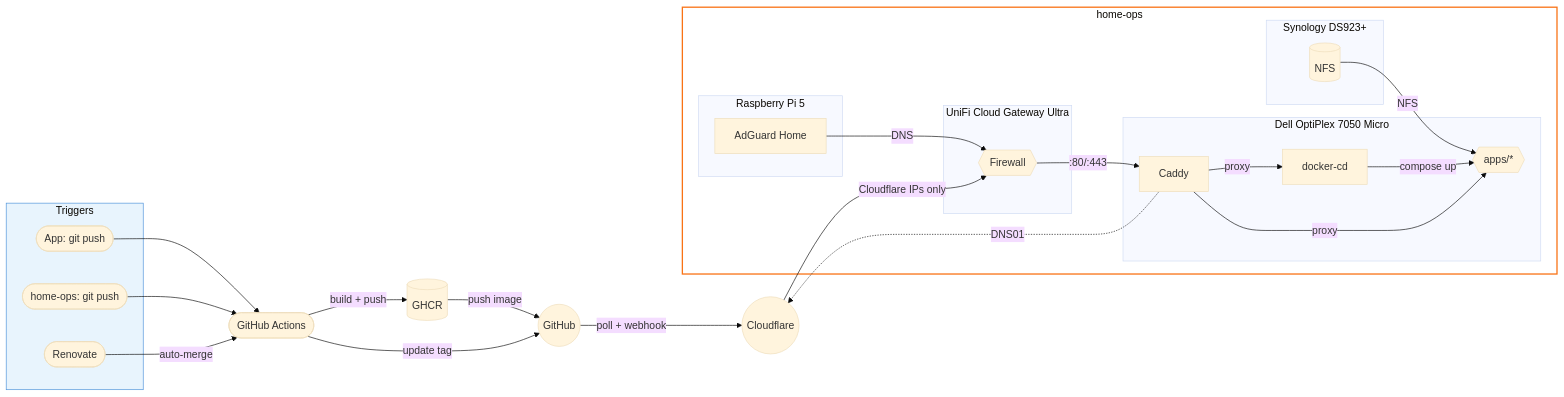
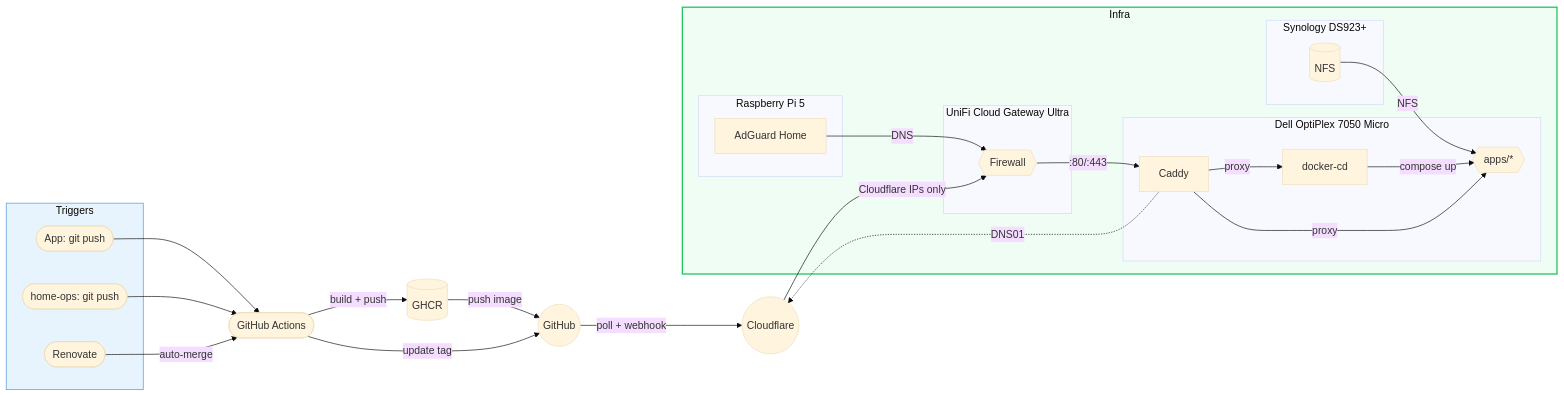
Before and after one commit to wajeht/home-ops: the diagram in README.md, drawn with Mermaid (base theme).

Commit message:
docs: improve diagram and descriptions in README

````diff
--- a/README.md
+++ b/README.md
@@ -16,42 +16,42 @@
 ```mermaid
 flowchart LR
     subgraph triggers[Triggers]
         app_push([App: git push])
         ops_push([home-ops: git push])
         renovate([Renovate])
     end
 
     app_push --> ci([GitHub Actions]) -->|build + push| ghcr[(GHCR)]
     ghcr -->|push image| github((GitHub))
     ci -->|update tag| github
     ops_push --> ci
     renovate -->|auto-merge| ci
     github -->|poll + webhook| cf((Cloudflare)) -->|Cloudflare IPs only| unifi -->|:80/:443| caddy -->|proxy| docker_cd
 
-    subgraph homeops[home-ops]
+    subgraph infra[Infra]
         subgraph dell[Dell OptiPlex 7050 Micro]
             docker_cd[docker-cd] -->|compose up| apps{{apps/*}}
             caddy[Caddy] -->|proxy| apps
         end
 
         subgraph nas[Synology DS923+]
             nfs[(NFS)]
         end
 
         subgraph ucg[UniFi Cloud Gateway Ultra]
             unifi{{Firewall}}
         end
 
         subgraph pi[Raspberry Pi 5]
             adguard[AdGuard Home]
         end
 
         nfs -->|NFS| apps
         adguard -->|DNS| unifi
     end
 
     caddy -.->|DNS01| cf
 
     style triggers fill:#e8f4fd,stroke:#4a90d9
-    style homeops fill:none,stroke:#f97316,stroke-width:2px
+    style infra fill:#f0fdf4,stroke:#22c55e,stroke-width:2px
 ```
````
